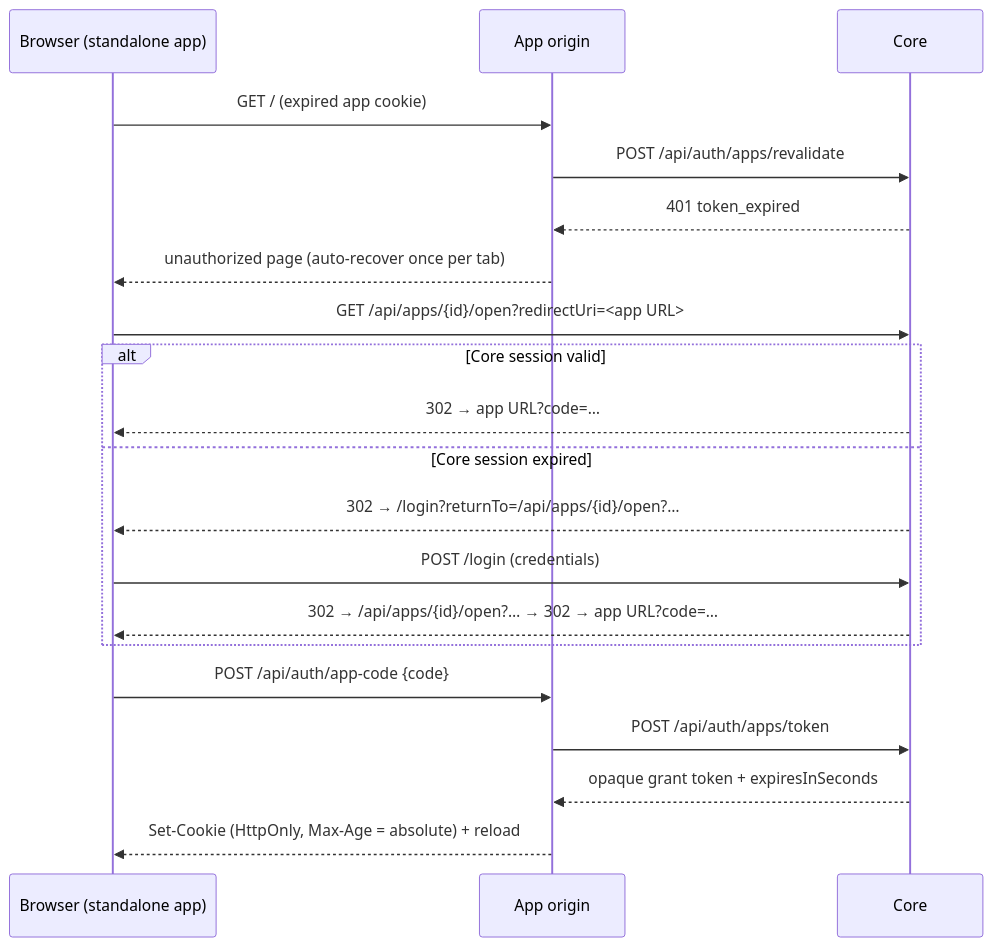
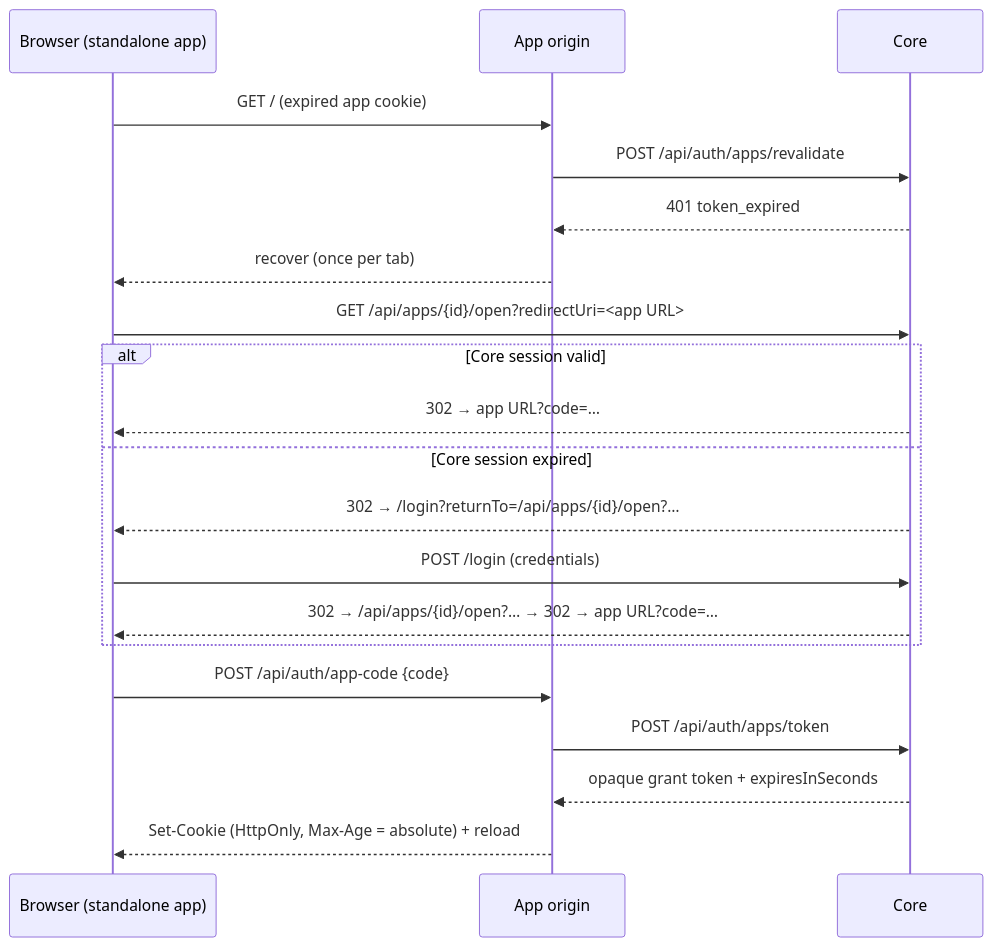
The diagram in docs/features/auth-session-lifecycle/feature.md (alex-de-haas/docker-host), drawn with Mermaid before and after one commit. The commit also changed other lines of this file and 8 other files, not shown here.

````diff
--- a/docs/features/auth-session-lifecycle/feature.md
+++ b/docs/features/auth-session-lifecycle/feature.md
@@ -72,22 +113,22 @@
 ```mermaid
 sequenceDiagram
   participant B as Browser (standalone app)
   participant A as App origin
   participant C as Core
   B->>A: GET / (expired app cookie)
   A->>C: POST /api/auth/apps/revalidate
   C-->>A: 401 token_expired
-  A-->>B: unauthorized page (auto-recover once per tab)
+  A-->>B: recover (once per tab)
   B->>C: GET /api/apps/{id}/open?redirectUri=<app URL>
   alt Core session valid
     C-->>B: 302 → app URL?code=…
   else Core session expired
     C-->>B: 302 → /login?returnTo=/api/apps/{id}/open?…
     B->>C: POST /login (credentials)
     C-->>B: 302 → /api/apps/{id}/open?… → 302 → app URL?code=…
   end
   B->>A: POST /api/auth/app-code {code}
   A->>C: POST /api/auth/apps/token
   C-->>A: opaque grant token + expiresInSeconds
   A-->>B: Set-Cookie (HttpOnly, Max-Age = absolute) + reload
 ```
````
